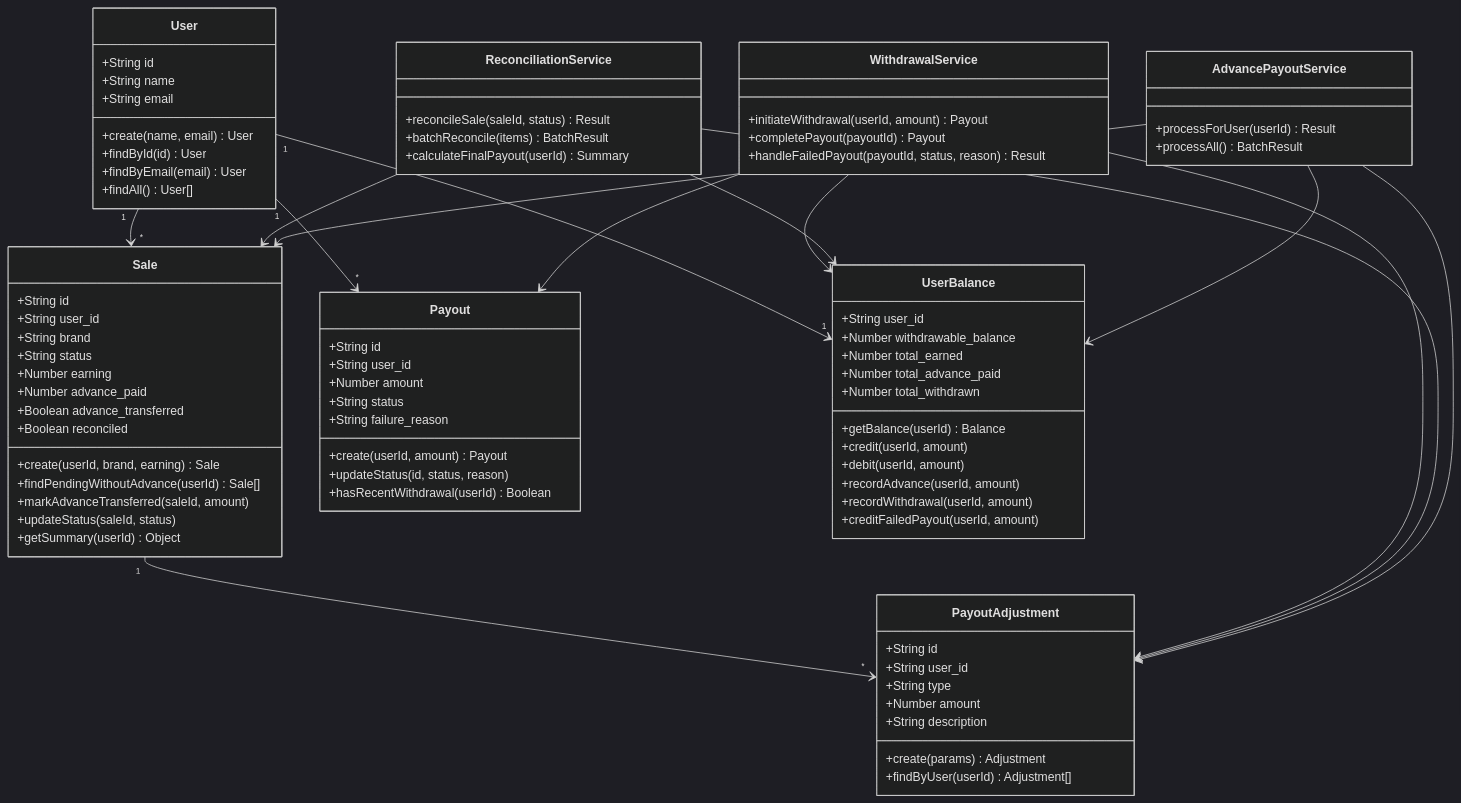
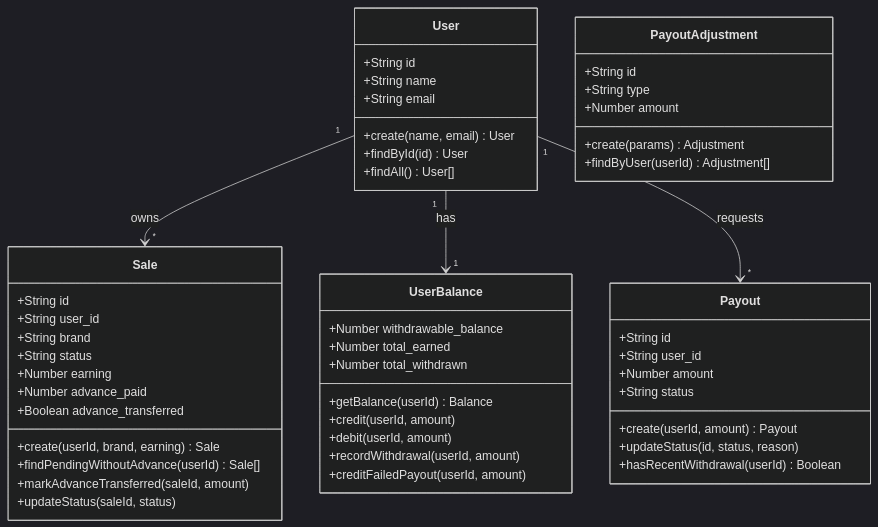
One commit to pawanclone/taskdoc changed diagram 13 of 14 in LLD.md. Above: the diagram before and after it, drawn with Mermaid (dark theme). The commit also changed other lines of this file, not shown here.

````diff
--- a/LLD.md
+++ b/LLD.md
@@ -436,7 +467,6 @@
         +String email
         +create(name, email) User
         +findById(id) User
-        +findByEmail(email) User
         +findAll() User[]
     }
 
@@ -448,12 +478,10 @@
         +Number earning
         +Number advance_paid
         +Boolean advance_transferred
-        +Boolean reconciled
         +create(userId, brand, earning) Sale
         +findPendingWithoutAdvance(userId) Sale[]
         +markAdvanceTransferred(saleId, amount)
         +updateStatus(saleId, status)
-        +getSummary(userId) Object
     }
 
     class Payout {
@@ -461,64 +489,31 @@
         +String user_id
         +Number amount
         +String status
-        +String failure_reason
         +create(userId, amount) Payout
         +updateStatus(id, status, reason)
         +hasRecentWithdrawal(userId) Boolean
     }
 
     class UserBalance {
-        +String user_id
         +Number withdrawable_balance
         +Number total_earned
-        +Number total_advance_paid
         +Number total_withdrawn
         +getBalance(userId) Balance
         +credit(userId, amount)
         +debit(userId, amount)
-        +recordAdvance(userId, amount)
         +recordWithdrawal(userId, amount)
         +creditFailedPayout(userId, amount)
     }
 
     class PayoutAdjustment {
         +String id
-        +String user_id
         +String type
         +Number amount
-        +String description
         +create(params) Adjustment
         +findByUser(userId) Adjustment[]
     }
 
-    class AdvancePayoutService {
-        +processForUser(userId) Result
-        +processAll() BatchResult
-    }
-
-    class ReconciliationService {
-        +reconcileSale(saleId, status) Result
-        +batchReconcile(items) BatchResult
-        +calculateFinalPayout(userId) Summary
-    }
-
-    class WithdrawalService {
-        +initiateWithdrawal(userId, amount) Payout
-        +completePayout(payoutId) Payout
-        +handleFailedPayout(payoutId, status, reason) Result
-    }
-
-    AdvancePayoutService --> Sale
-    AdvancePayoutService --> UserBalance
-    AdvancePayoutService --> PayoutAdjustment
-    ReconciliationService --> Sale
-    ReconciliationService --> UserBalance
-    ReconciliationService --> PayoutAdjustment
-    WithdrawalService --> Payout
-    WithdrawalService --> UserBalance
-    WithdrawalService --> PayoutAdjustment
-    User "1" --> "*" Sale
-    User "1" --> "1" UserBalance
-    User "1" --> "*" Payout
-    Sale "1" --> "*" PayoutAdjustment
+    User "1" --> "*" Sale : owns
+    User "1" --> "1" UserBalance : has
+    User "1" --> "*" Payout : requests
 ```
````
